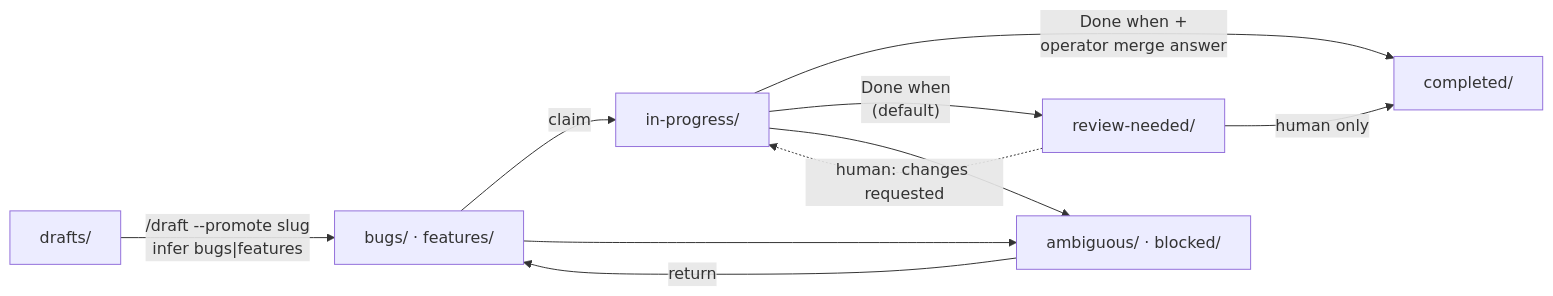
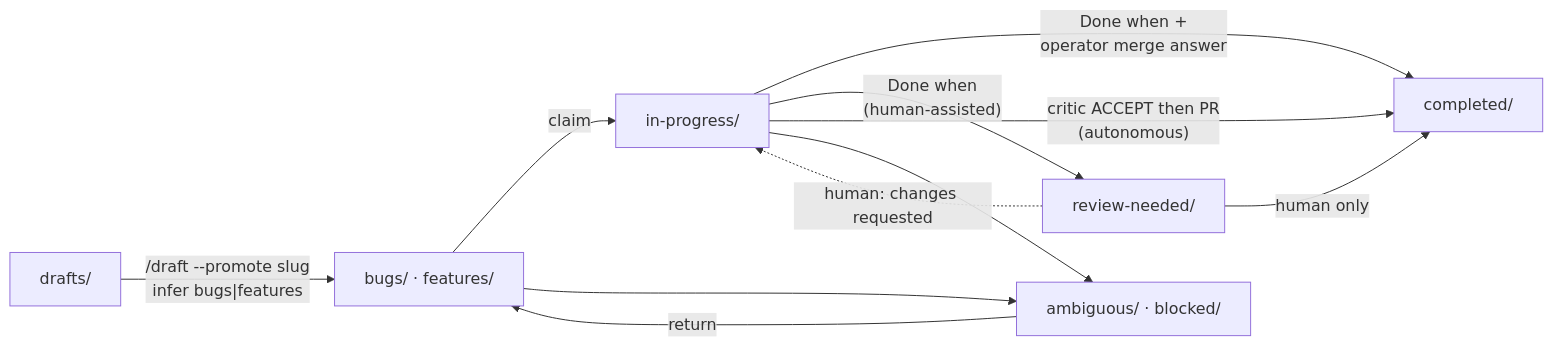
The third of 5 diagrams in docs/docs/doctrine.md (carefreeinv/anchor), drawn with Mermaid before and after one commit. The commit also changed other lines of this file and 25 other files, not shown here.

First line of the commit message:
Two finish workflows: autonomous PR only after critic ACCEPT

````diff
--- a/docs/docs/doctrine.md
+++ b/docs/docs/doctrine.md
@@ -79,19 +79,20 @@
 ```mermaid
 flowchart LR
   drafts["drafts/"]
   ready["bugs/ · features/"]
   prog["in-progress/"]
   review["review-needed/"]
   done["completed/"]
   park["ambiguous/ · blocked/"]
 
   drafts -->|"/draft --promote slug<br/>infer bugs|features"| ready
   ready -->|"claim"| prog
   prog -->|"Done when +<br/>operator merge answer"| done
-  prog -->|"Done when<br/>(default)"| review
+  prog -->|"Done when<br/>(human-assisted)"| review
+  prog -->|"critic ACCEPT then PR<br/>(autonomous)"| done
   review -->|"human only"| done
   review -.->|"human: changes requested"| prog
   ready --> park
   prog --> park
   park -->|"return"| ready
 ```
````
